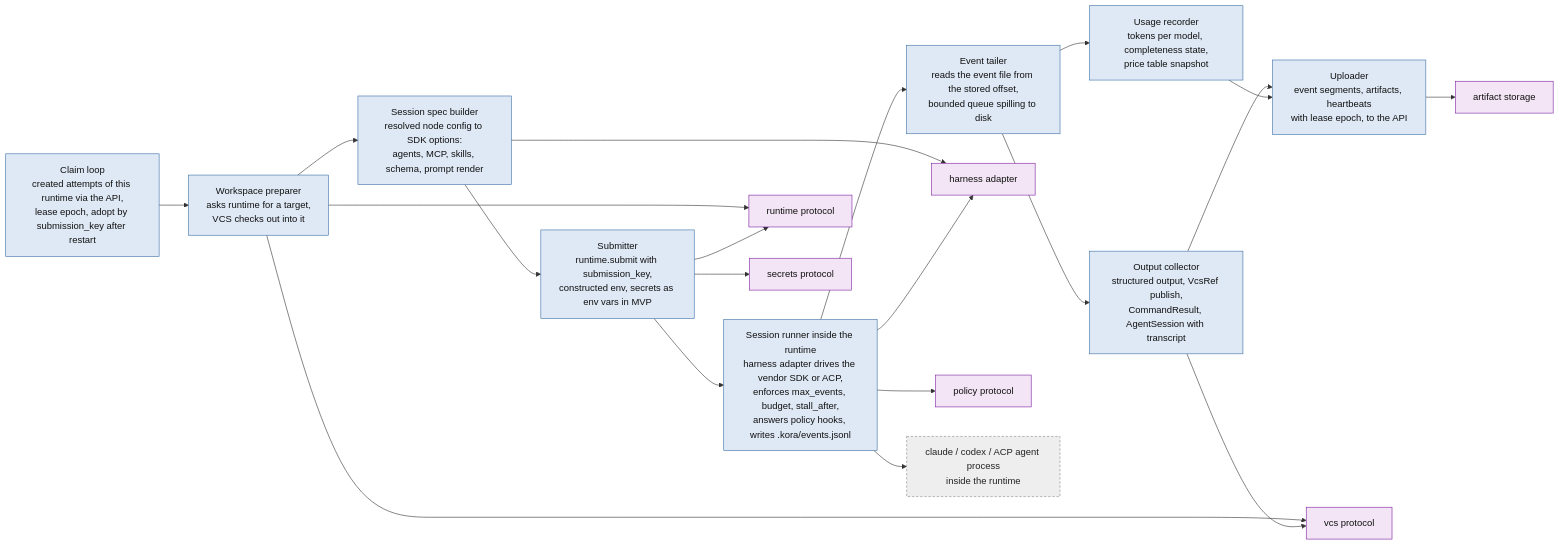
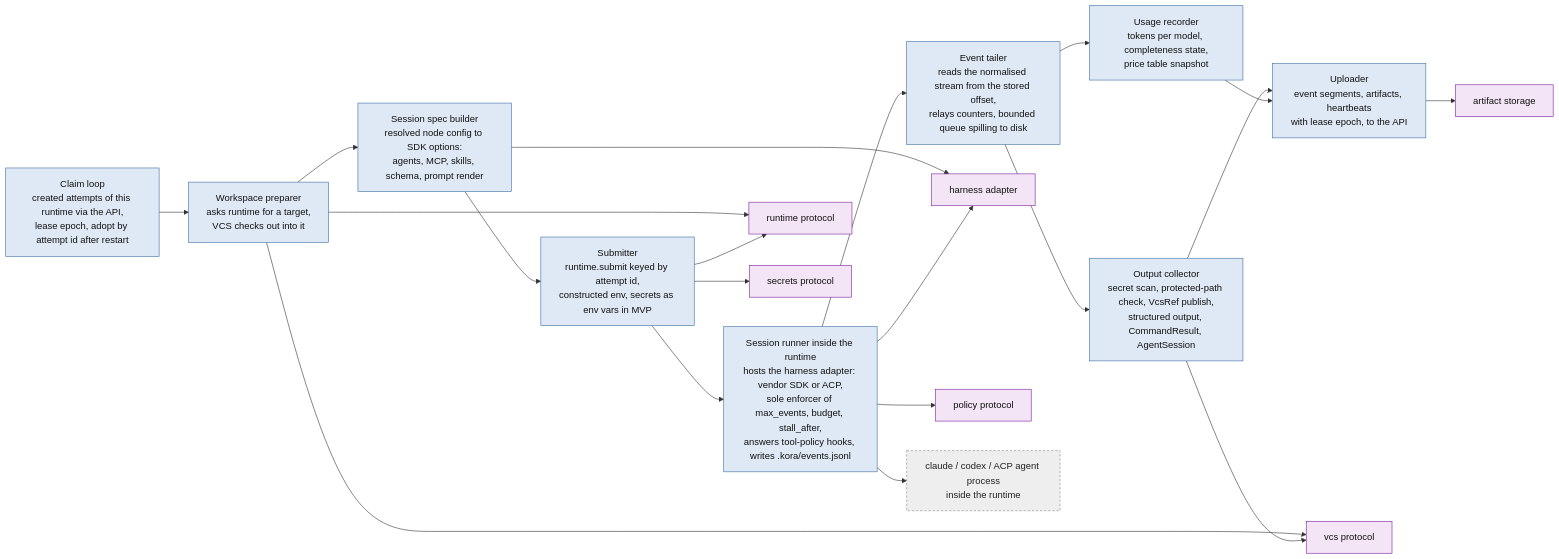
The fourth of 6 diagrams in docs/design/architecture.md (klukashka/kora), drawn with Mermaid before and after one commit. The commit also changed other lines of this file and 11 other files, not shown here.

````diff
--- a/docs/design/architecture.md
+++ b/docs/design/architecture.md
@@ -160,35 +160,35 @@
 ```mermaid
 flowchart LR
     classDef c fill:#dfe9f5,stroke:#3b6ea5,color:#111
     classDef plugin fill:#f3e5f5,stroke:#7b1fa2,color:#111
     classDef ext fill:#eeeeee,stroke:#888,color:#222,stroke-dasharray: 4 3
 
-    CL[Claim loop<br/>created attempts of this runtime via the API,<br/>lease epoch, adopt by submission_key after restart]:::c
+    CL[Claim loop<br/>created attempts of this runtime via the API,<br/>lease epoch, adopt by attempt id after restart]:::c
     WS[Workspace preparer<br/>asks runtime for a target,<br/>VCS checks out into it]:::c
     CFG[Session spec builder<br/>resolved node config to SDK options:<br/>agents, MCP, skills, schema, prompt render]:::c
-    SUB[Submitter<br/>runtime.submit with submission_key,<br/>constructed env, secrets as env vars in MVP]:::c
-    RUN[Session runner inside the runtime<br/>harness adapter drives the vendor SDK or ACP,<br/>enforces max_events, budget, stall_after,<br/>answers policy hooks, writes .kora/events.jsonl]:::c
-    STR[Event tailer<br/>reads the event file from the stored offset,<br/>bounded queue spilling to disk]:::c
-    COL[Output collector<br/>structured output, VcsRef publish,<br/>CommandResult, AgentSession with transcript]:::c
+    SUB[Submitter<br/>runtime.submit keyed by attempt id,<br/>constructed env, secrets as env vars in MVP]:::c
+    RUN[Session runner inside the runtime<br/>hosts the harness adapter: vendor SDK or ACP,<br/>sole enforcer of max_events, budget, stall_after,<br/>answers tool-policy hooks, writes .kora/events.jsonl]:::c
+    STR[Event tailer<br/>reads the normalised stream from the stored offset,<br/>relays counters, bounded queue spilling to disk]:::c
+    COL[Output collector<br/>secret scan, protected-path check, VcsRef publish,<br/>structured output, CommandResult, AgentSession]:::c
     USG[Usage recorder<br/>tokens per model, completeness state,<br/>price table snapshot]:::c
     UP[Uploader<br/>event segments, artifacts, heartbeats<br/>with lease epoch, to the API]:::c
 
     P_RT[runtime protocol]:::plugin
     P_HA[harness adapter]:::plugin
     P_POL[policy protocol]:::plugin
     P_VCS[vcs protocol]:::plugin
     P_SEC[secrets protocol]:::plugin
     P_AST[artifact storage]:::plugin
     HARN[claude / codex / ACP agent process<br/>inside the runtime]:::ext
 
     CL --> WS --> CFG --> SUB --> RUN --> STR --> COL --> UP
     STR --> USG --> UP
     WS --> P_VCS
     WS & SUB --> P_RT
     CFG --> P_HA
     RUN --> P_HA & P_POL
     SUB --> P_SEC
     COL --> P_VCS
     UP --> P_AST
     RUN --> HARN
 ```
````
